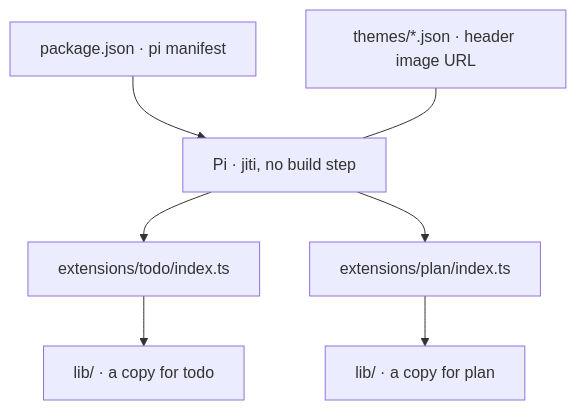
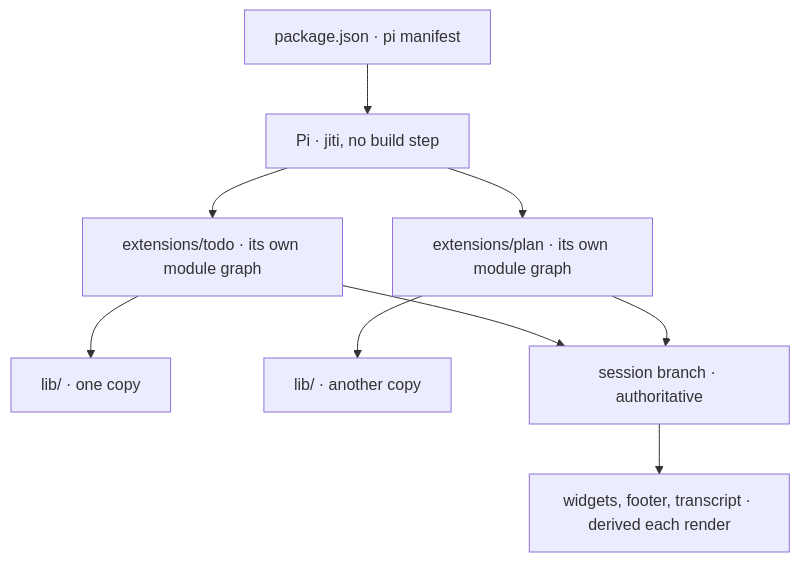
One commit to gavin-hu/my-pi-agent changed the first of 4 diagrams in docs/architecture.md. Above: the diagram before and after it, drawn with Mermaid. The commit also changed other lines of this file and 11 other files, not shown here.

````diff
--- a/docs/architecture.md
+++ b/docs/architecture.md
@@ -67,9 +60,11 @@
 ```mermaid
 flowchart TD
   M["package.json · pi manifest"] --> P["Pi · jiti, no build step"]
-  P --> X["extensions/todo/index.ts"]
-  P --> Y["extensions/plan/index.ts"]
-  X --> L1["lib/ · a copy for todo"]
-  Y --> L2["lib/ · a copy for plan"]
-  R["themes/*.json · header image URL"] --- P
+  P --> EA["extensions/todo · its own module graph"]
+  P --> EB["extensions/plan · its own module graph"]
+  EA --> LA["lib/ · one copy"]
+  EB --> LB["lib/ · another copy"]
+  EA --> BR["session branch · authoritative"]
+  EB --> BR
+  BR --> D["widgets, footer, transcript · derived each render"]
 ```
````
